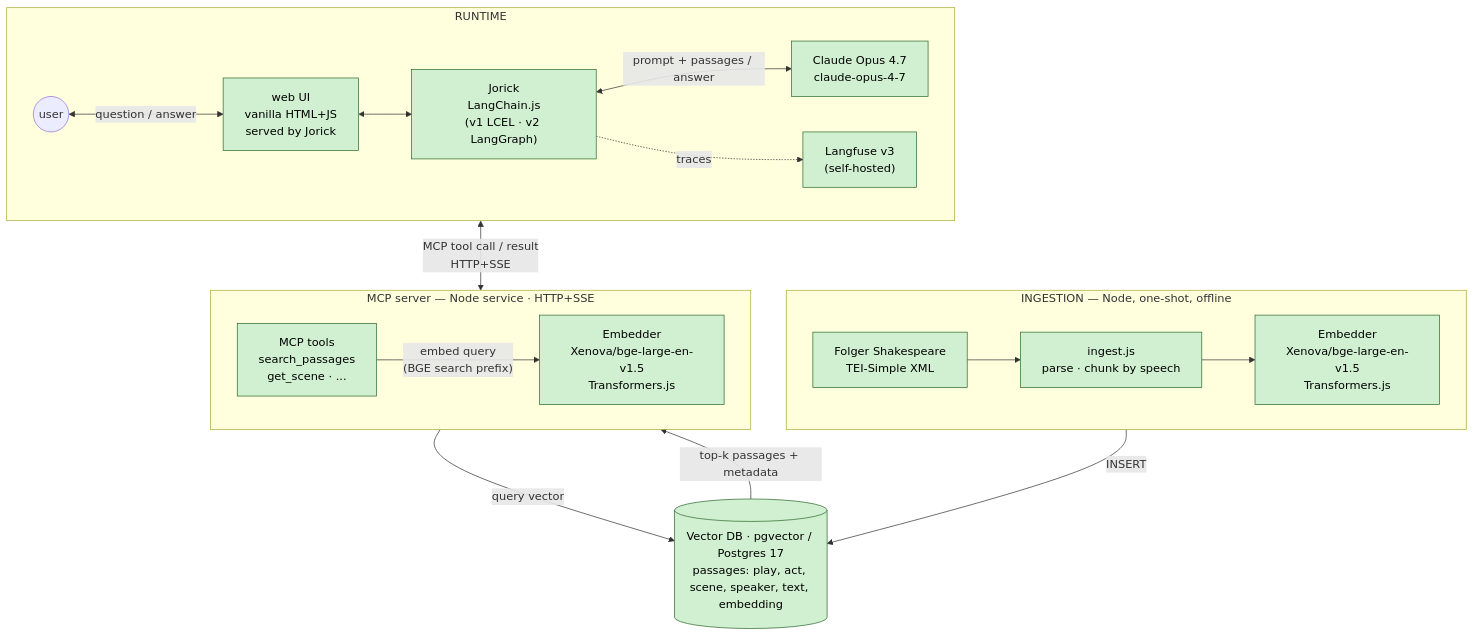
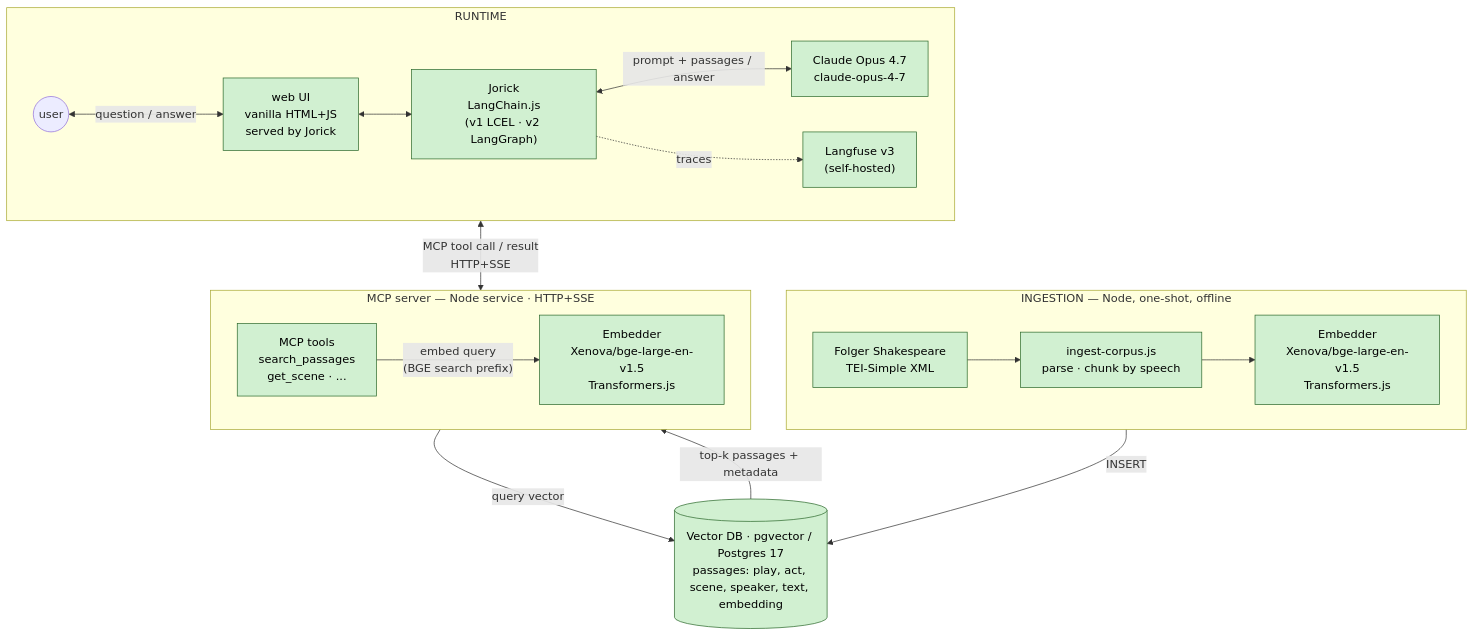
One commit to amuradyan/jorick changed the diagram in notes/braindump.md. Above: the diagram before and after it, drawn with Mermaid. The commit also changed 2 other files, not shown here.

````diff
--- a/notes/braindump.md
+++ b/notes/braindump.md
@@ -19,40 +19,40 @@
 ```mermaid
 flowchart TB
     classDef decided fill:#d1f0d1,stroke:#2d6a2d,color:#000
     classDef tbd fill:#fde3c3,stroke:#a05a00,color:#000
 
     subgraph ingest_path["INGESTION — Node, one-shot, offline"]
         direction LR
         XML["Folger Shakespeare<br/>TEI-Simple XML"]:::decided
-        Script["ingest.js<br/>parse · chunk by speech"]:::decided
+        Script["ingest-corpus.js<br/>parse · chunk by speech"]:::decided
         Emb1["Embedder<br/>Xenova/bge-large-en-v1.5<br/>Transformers.js"]:::decided
         XML --> Script --> Emb1
     end
 
     DB[("Vector DB · pgvector / Postgres 17<br/>passages: play, act, scene, speaker, text, embedding")]:::decided
 
     subgraph mcp_server["MCP server — Node service · HTTP+SSE"]
         direction LR
         Emb2["Embedder<br/>Xenova/bge-large-en-v1.5<br/>Transformers.js"]:::decided
         McpTools["MCP tools<br/>search_passages<br/>get_scene · ..."]:::decided
         McpTools -- "embed query<br/>(BGE search prefix)" --> Emb2
     end
 
     subgraph runtime["RUNTIME"]
         direction LR
         User((user))
         UI["web UI<br/>vanilla HTML+JS<br/>served by Jorick"]:::decided
         Agent["Jorick<br/>LangChain.js<br/>(v1 LCEL · v2 LangGraph)"]:::decided
         LLM["Claude Opus 4.7<br/>claude-opus-4-7"]:::decided
         Obs["Langfuse v3<br/>(self-hosted)"]:::decided
         User <-- "question / answer" --> UI
         UI <--> Agent
         Agent <-- "prompt + passages / answer" --> LLM
         Agent -. "traces" .-> Obs
     end
 
     Emb1 -- "INSERT" --> DB
     Emb2 -- "query vector" --> DB
     DB -- "top-k passages + metadata" --> McpTools
     Agent <-- "MCP tool call / result<br/>HTTP+SSE" --> McpTools
 ```
````
